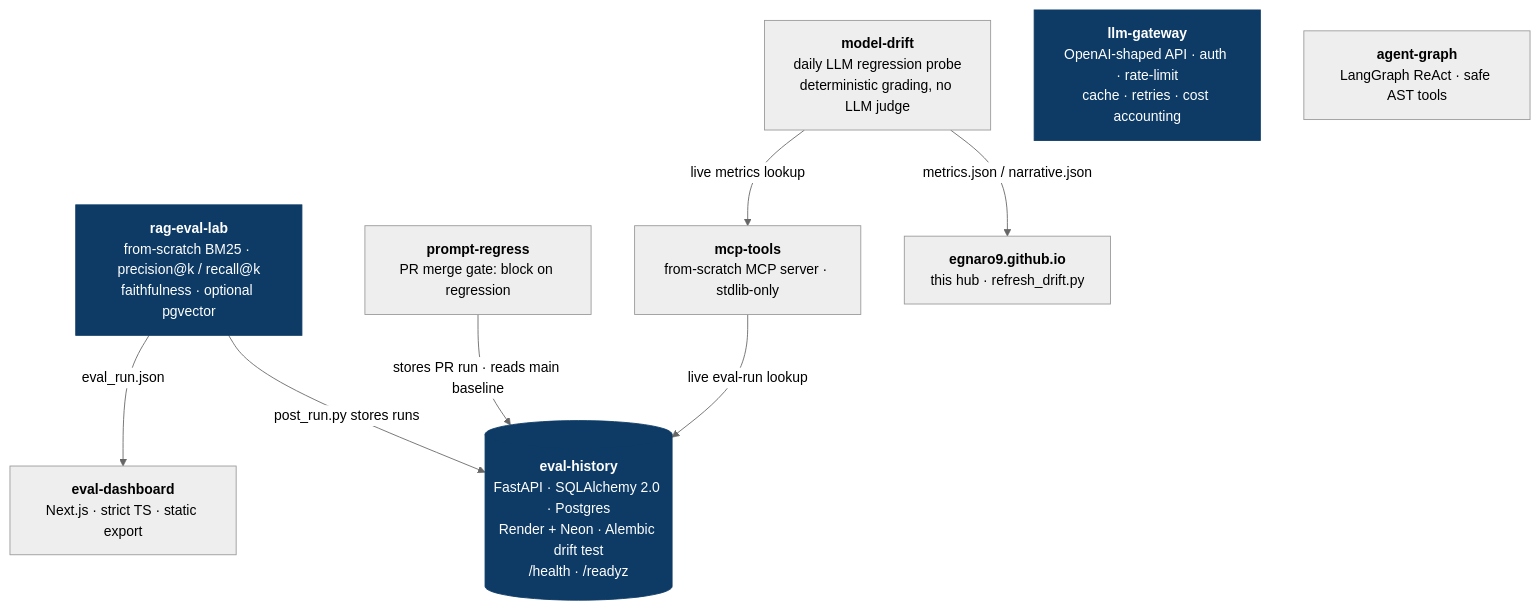
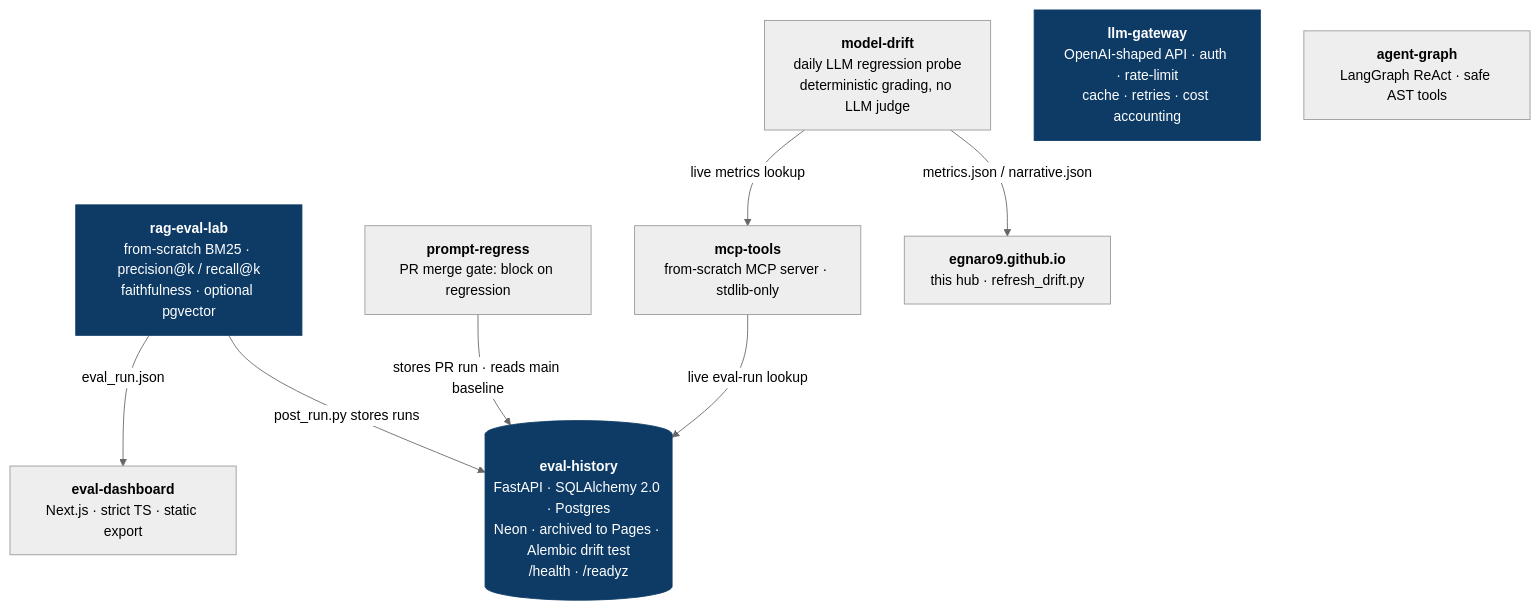
One commit to egnaro9/egnaro9.github.io changed the diagram in README.md. Above: the diagram before and after it, drawn with Mermaid (neutral theme).

Commit message:
docs: eval-history is Neon + a Pages archive, not Render

````diff
--- a/README.md
+++ b/README.md
@@ -50,22 +50,22 @@
 ```mermaid
 flowchart TD
     MD["<b>model-drift</b><br/>daily LLM regression probe<br/>deterministic grading, no LLM judge"]
-    EH[("<b>eval-history</b><br/>FastAPI · SQLAlchemy 2.0 · Postgres<br/>Render + Neon · Alembic drift test<br/>/health · /readyz")]
+    EH[("<b>eval-history</b><br/>FastAPI · SQLAlchemy 2.0 · Postgres<br/>Neon · archived to Pages · Alembic drift test<br/>/health · /readyz")]
     GW["<b>llm-gateway</b><br/>OpenAI-shaped API · auth · rate-limit<br/>cache · retries · cost accounting"]
     REL["<b>rag-eval-lab</b><br/>from-scratch BM25 · precision@k / recall@k<br/>faithfulness · optional pgvector"]
     DASH["<b>eval-dashboard</b><br/>Next.js · strict TS · static export"]
     PR["<b>prompt-regress</b><br/>PR merge gate: block on regression"]
     AG["<b>agent-graph</b><br/>LangGraph ReAct · safe AST tools"]
     MCP["<b>mcp-tools</b><br/>from-scratch MCP server · stdlib-only"]
     HUB["<b>egnaro9.github.io</b><br/>this hub · refresh_drift.py"]
 
     MD -->|metrics.json / narrative.json| HUB
     MD -->|live metrics lookup| MCP
     REL -->|post_run.py stores runs| EH
     PR -->|stores PR run · reads main baseline| EH
     MCP -->|live eval-run lookup| EH
     REL -->|eval_run.json| DASH
 
     classDef svc fill:#0d3b66,stroke:#0d3b66,color:#fff;
     class EH,GW,REL svc;
 ```
````
